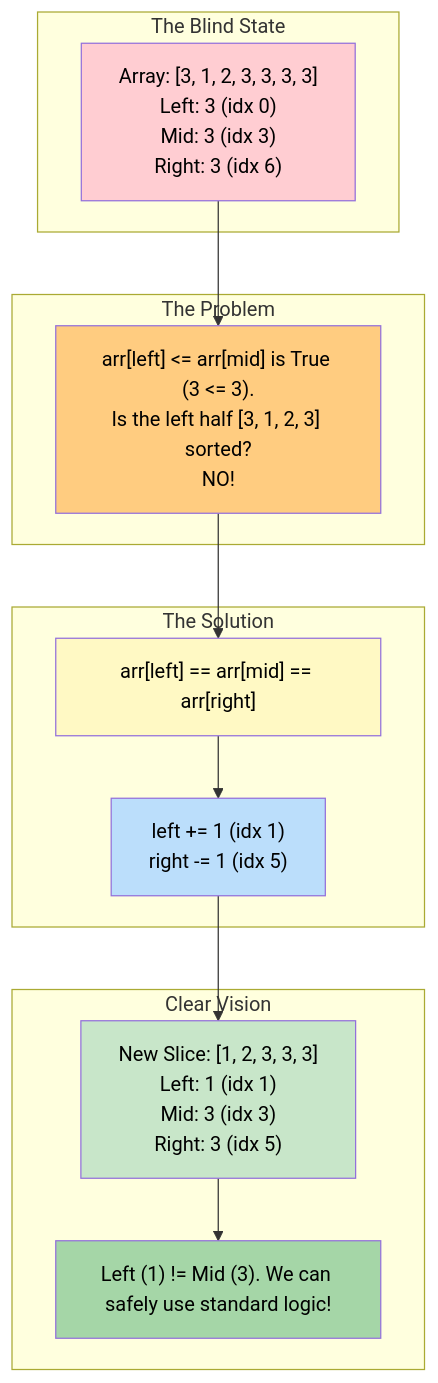
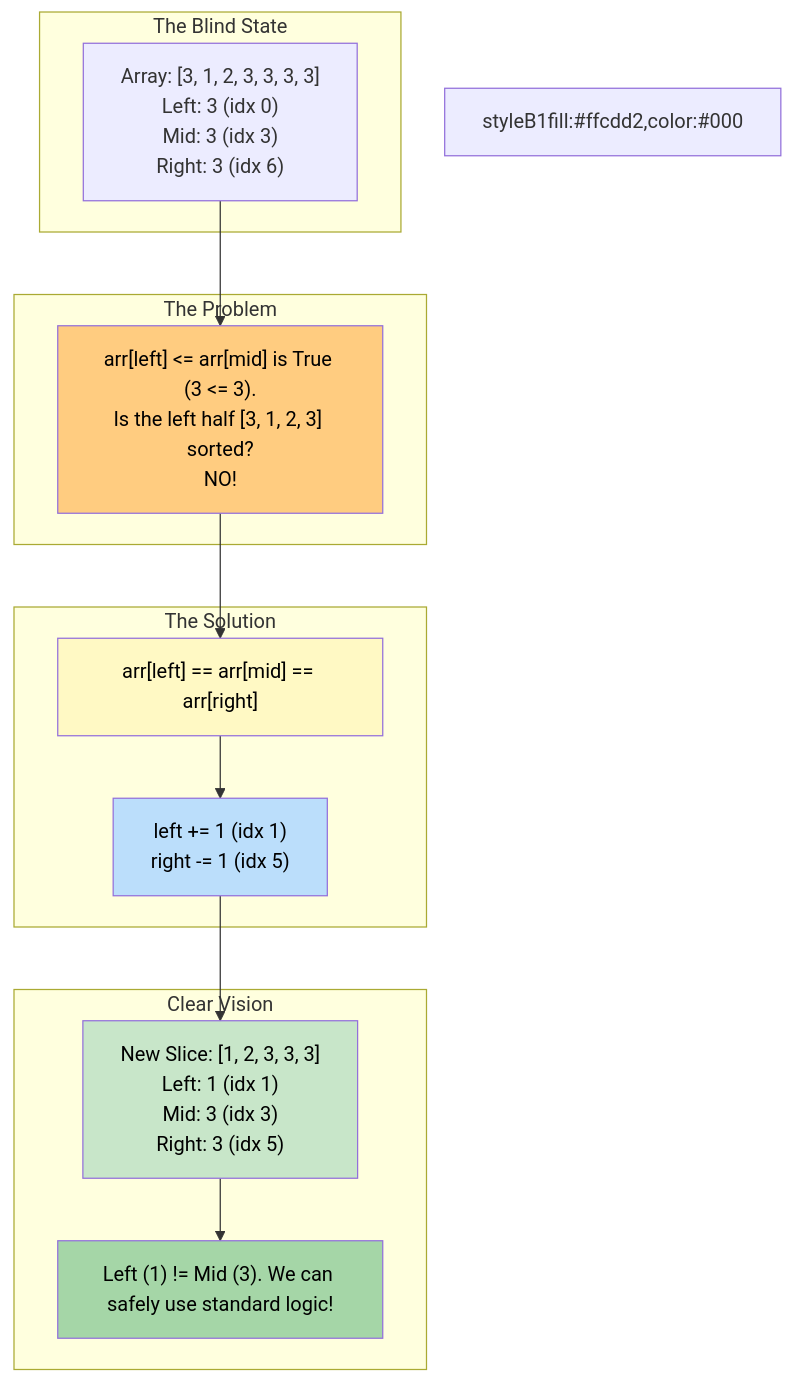
Before and after one commit to vadde/DSA: the diagram in 17 - Modified Binary Search/problem_10_search_in_rotated_array_ii_walkthrough.md, drawn with Mermaid. The commit also changed 245 other files, not shown here.

First line of the commit message:
fix: Forensic fix of all Mermaid rendering issues across entire DSA repo + add pre-commit validation infrastructure

````diff
--- a/17 - Modified Binary Search/problem_10_search_in_rotated_array_ii_walkthrough.md
+++ b/17 - Modified Binary Search/problem_10_search_in_rotated_array_ii_walkthrough.md
@@ -74,33 +74,33 @@
 ```mermaid
 flowchart TD
-    subgraph The Blind State
+    subgraph TheBlindState [The Blind State]
         B1["Array: [3, 1, 2, 3, 3, 3, 3]\nLeft: 3 (idx 0)\nMid: 3 (idx 3)\nRight: 3 (idx 6)"]
     end
     
-    subgraph The Problem
+    subgraph TheProblem [The Problem]
         P1["arr[left] <= arr[mid] is True (3 <= 3).\nIs the left half [3, 1, 2, 3] sorted?\nNO!"]
     end
     
-    subgraph The Solution
+    subgraph TheSolution [The Solution]
         S1["arr[left] == arr[mid] == arr[right]"]
         S2["left += 1 (idx 1)\nright -= 1 (idx 5)"]
     end
     
-    subgraph Clear Vision
+    subgraph ClearVision [Clear Vision]
         V1["New Slice: [1, 2, 3, 3, 3]\nLeft: 1 (idx 1)\nMid: 3 (idx 3)\nRight: 3 (idx 5)"]
         V2["Left (1) != Mid (3). We can safely use standard logic!"]
     end
-    
-    B1 --> P1
-    P1 --> S1
+
+B1 --> P1
+P1 --> S1
     S1 --> S2
-    S2 --> V1
+S2 --> V1
     V1 --> V2
-    
-    style B1 fill:#ffcdd2,color:#000
+
+styleB1fill:#ffcdd2,color:#000
     style P1 fill:#ffcc80,color:#000
     style S1 fill:#fff9c4,color:#000
     style S2 fill:#bbdefb,color:#000
     style V1 fill:#c8e6c9,color:#000
     style V2 fill:#a5d6a7,color:#000
 ```
````
